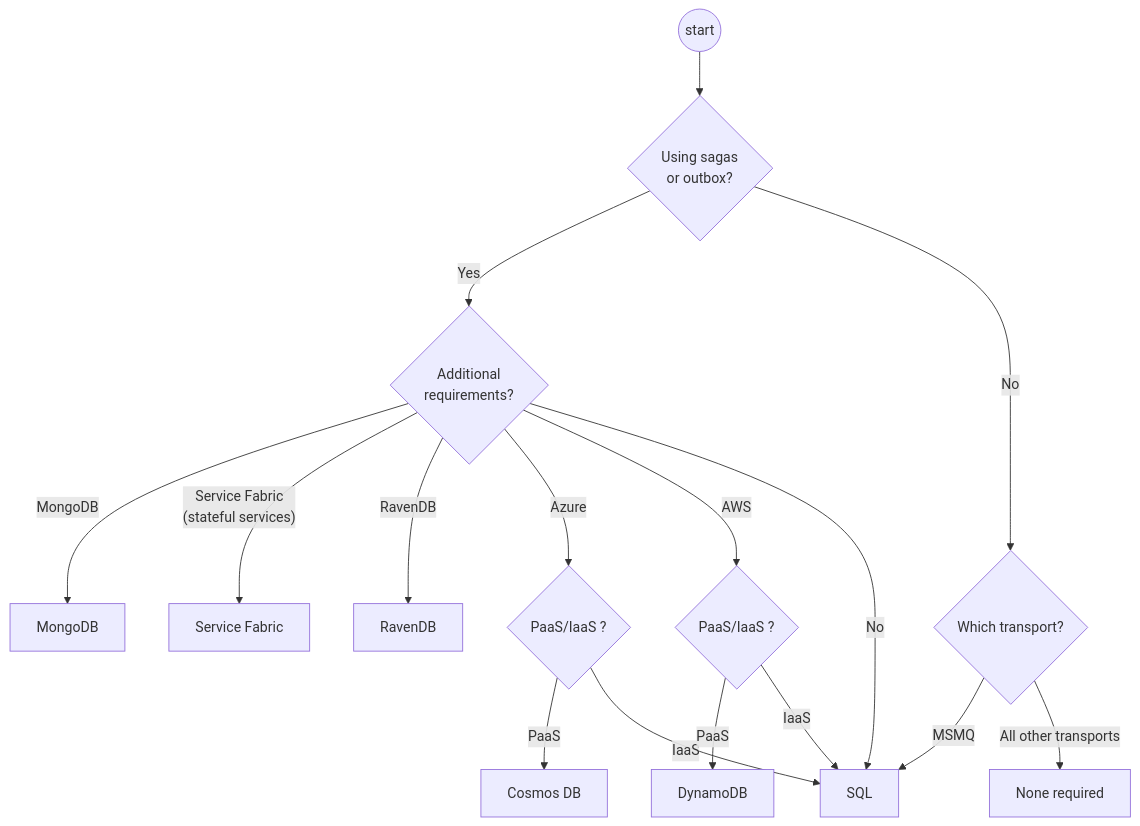
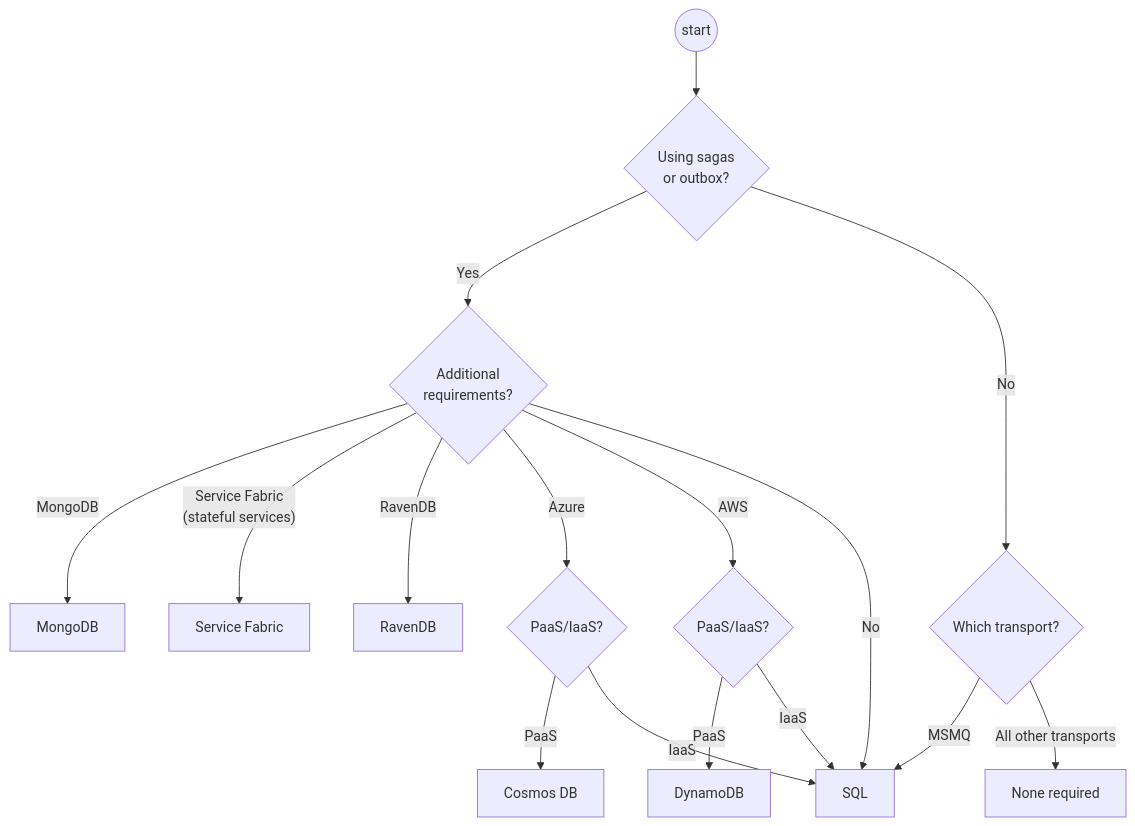
One commit to Particular/docs.particular.net changed the diagram in persistence/selecting.md. Above: the diagram before and after it, drawn with Mermaid.

Commit message:
Remove extraneous ?

````diff
--- a/persistence/selecting.md
+++ b/persistence/selecting.md
@@ -27,18 +27,18 @@
 ```mermaid
 graph TD
 start((start)) --> A{Using sagas<br /> or outbox?}
 A --> |Yes|B{Additional<br />requirements?}
 A --> |No| I{Which transport?}
 I --> |MSMQ|L[SQL]
 I --> |All other transports|J[None required]
 B --> |MongoDB|M[MongoDB]
 B --> |"Service Fabric<br/>(stateful services)"|C[Service Fabric]
 B --> |RavenDB|E[RavenDB]
-B --> |Azure|Q{PaaS/IaaS ?}
-B --> |AWS|P{PaaS/IaaS ?}
+B --> |Azure|Q{PaaS/IaaS?}
+B --> |AWS|P{PaaS/IaaS?}
 B --> |No|L
 Q --> |PaaS|G[Cosmos DB]
 Q --> |IaaS|L
 P --> |PaaS|H[DynamoDB]
 P --> |IaaS|L
 ```
````
